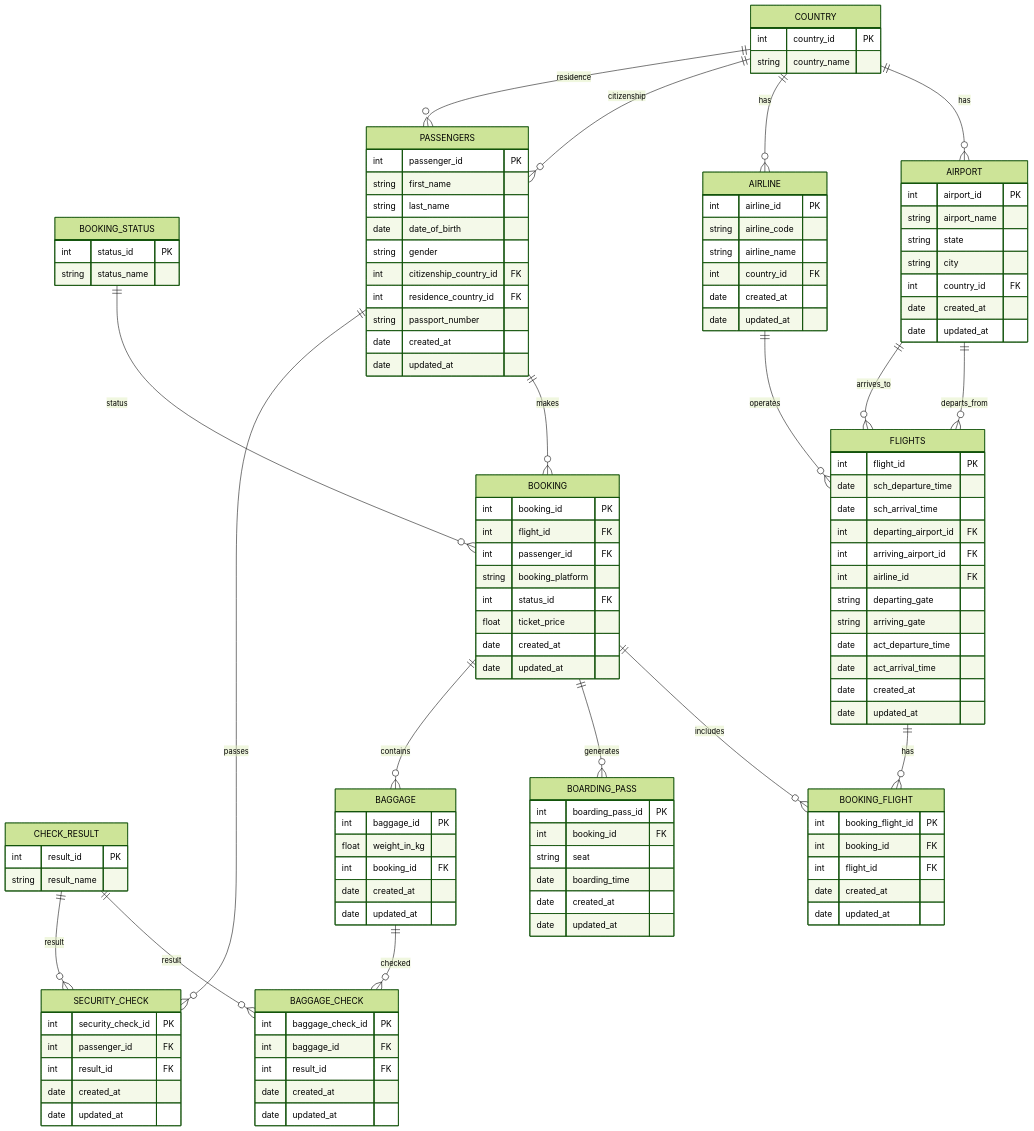
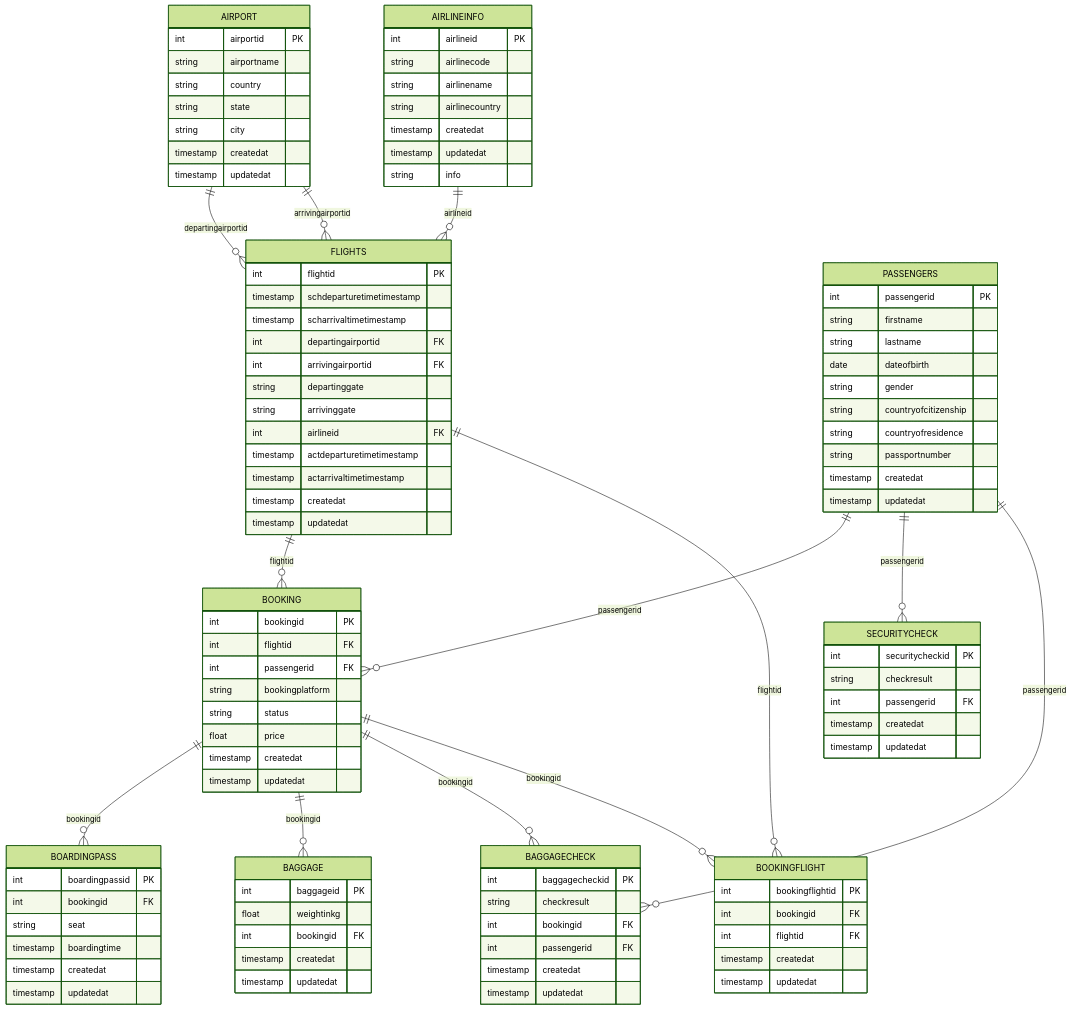
Before and after one commit to frozzeh/ER-diagram: the diagram in README.md, drawn with Mermaid (forest theme).

Commit message:
Er-diagram.md

````diff
--- a/README.md
+++ b/README.md
@@ -1,138 +1,117 @@
 ```mermaid
 erDiagram
-    COUNTRY {
-        int country_id PK
-        string country_name
+    AIRPORT {
+        int airportid PK
+        string airportname
+        string country
+        string state
+        string city
+        timestamp createdat
+        timestamp updatedat
     }
 
-    BOOKING_STATUS {
-        int status_id PK
-        string status_name
-    }
-
-    CHECK_RESULT {
-        int result_id PK
-        string result_name
-    }
-
-    AIRPORT {
-        int airport_id PK
-        string airport_name
-        string state
-        string city
-        int country_id FK
-        date created_at
-        date updated_at
-    }
-
-    AIRLINE {
-        int airline_id PK
-        string airline_code
-        string airline_name
-        int country_id FK
-        date created_at
-        date updated_at
+    AIRLINEINFO {
+        int airlineid PK
+        string airlinecode
+        string airlinename
+        string airlinecountry
+        timestamp createdat
+        timestamp updatedat
+        string info
     }
 
     FLIGHTS {
-        int flight_id PK
-        date sch_departure_time
-        date sch_arrival_time
-        int departing_airport_id FK
-        int arriving_airport_id FK
-        int airline_id FK
-        string departing_gate
-        string arriving_gate
-        date act_departure_time
-        date act_arrival_time
-        date created_at
-        date updated_at
+        int flightid PK
+        timestamp schdeparturetimetimestamp
+        timestamp scharrivaltimetimestamp
+        int departingairportid FK
+        int arrivingairportid FK
+        string departinggate
+        string arrivinggate
+        int airlineid FK
+        timestamp actdeparturetimetimestamp
+        timestamp actarrivaltimetimestamp
+        timestamp createdat
+        timestamp updatedat
     }
 
     PASSENGERS {
-        int passenger_id PK
-        string first_name
-        string last_name
-        date date_of_birth
+        int passengerid PK
+        string firstname
+        string lastname
+        date dateofbirth
         string gender
-        int citizenship_country_id FK
-        int residence_country_id FK
-        string passport_number
-        date created_at
-        date updated_at
+        string countryofcitizenship
+        string countryofresidence
+        string passportnumber
+        timestamp createdat
+        timestamp updatedat
     }
 
     BOOKING {
-        int booking_id PK
-        int flight_id FK
-        int passenger_id FK
-        string booking_platform
-        int status_id FK
-        float ticket_price
-        date created_at
-        date updated_at
+        int bookingid PK
+        int flightid FK
+        int passengerid FK
+        string bookingplatform
+        string status
+        float price
+        timestamp createdat
+        timestamp updatedat
     }
 
-    BOOKING_FLIGHT {
-        int booking_flight_id PK
-        int booking_id FK
-        int flight_id FK
-        date created_at
-        date updated_at
-    }
-
-    BOARDING_PASS {
-        int boarding_pass_id PK
-        int booking_id FK
+    BOARDINGPASS {
+        int boardingpassid PK
+        int bookingid FK
         string seat
-        date boarding_time
-        date created_at
-        date updated_at
+        timestamp boardingtime
+        timestamp createdat
+        timestamp updatedat
     }
 
     BAGGAGE {
-        int baggage_id PK
-        float weight_in_kg
-        int booking_id FK
-        date created_at
-        date updated_at
+        int baggageid PK
+        float weightinkg
+        int bookingid FK
+        timestamp createdat
+        timestamp updatedat
     }
 
-    BAGGAGE_CHECK {
-        int baggage_check_id PK
-        int baggage_id FK
-        int result_id FK
-        date created_at
-        date updated_at
+    BAGGAGECHECK {
+        int baggagecheckid PK
+        string checkresult
+        int bookingid FK
+        int passengerid FK
+        timestamp createdat
+        timestamp updatedat
     }
 
-    SECURITY_CHECK {
-        int security_check_id PK
-        int passenger_id FK
-        int result_id FK
-        date created_at
-        date updated_at
+    SECURITYCHECK {
+        int securitycheckid PK
+        string checkresult
+        int passengerid FK
+        timestamp createdat
+        timestamp updatedat
     }
 
-    COUNTRY ||--o{ AIRPORT : has
-    COUNTRY ||--o{ AIRLINE : has
-    COUNTRY ||--o{ PASSENGERS : citizenship
-    COUNTRY ||--o{ PASSENGERS : residence
+    BOOKINGFLIGHT {
+        int bookingflightid PK
+        int bookingid FK
+        int flightid FK
+        timestamp createdat
+        timestamp updatedat
+    }
 
-    AIRPORT ||--o{ FLIGHTS : departs_from
-    AIRPORT ||--o{ FLIGHTS : arrives_to
-    AIRLINE ||--o{ FLIGHTS : operates
-
-    FLIGHTS ||--o{ BOOKING_FLIGHT : has
-    BOOKING ||--o{ BOOKING_FLIGHT : includes
-    BOOKING ||--o{ BOARDING_PASS : generates
-    BOOKING ||--o{ BAGGAGE : contains
-    BAGGAGE ||--o{ BAGGAGE_CHECK : checked
-
-    PASSENGERS ||--o{ BOOKING : makes
-    PASSENGERS ||--o{ SECURITY_CHECK : passes
-
-    BOOKING_STATUS ||--o{ BOOKING : status
-    CHECK_RESULT ||--o{ BAGGAGE_CHECK : result
-    CHECK_RESULT ||--o{ SECURITY_CHECK : result
+    %% Relationships (One-to-Many)
+    AIRPORT ||--o{ FLIGHTS : departingairportid
+    AIRPORT ||--o{ FLIGHTS : arrivingairportid
+    AIRLINEINFO ||--o{ FLIGHTS : airlineid
+    PASSENGERS ||--o{ BOOKING : passengerid
+    PASSENGERS ||--o{ SECURITYCHECK : passengerid
+    PASSENGERS ||--o{ BAGGAGECHECK : passengerid
+    BOOKING ||--o{ BOARDINGPASS : bookingid
+    BOOKING ||--o{ BAGGAGE : bookingid
+    BOOKING ||--o{ BAGGAGECHECK : bookingid
+    BOOKING ||--o{ BOOKINGFLIGHT : bookingid
+    FLIGHTS ||--o{ BOOKING : flightid
+    FLIGHTS ||--o{ BOOKINGFLIGHT : flightid
 ```
````
